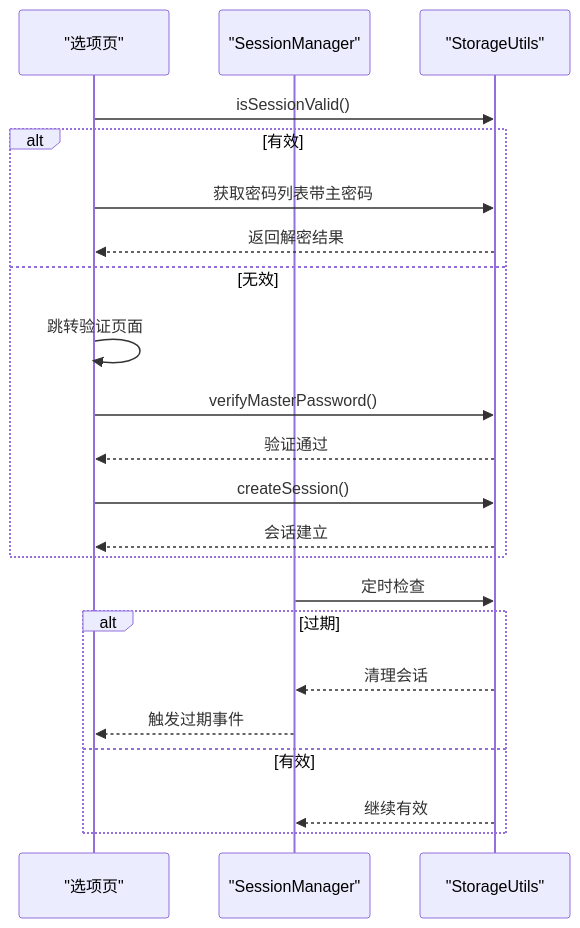
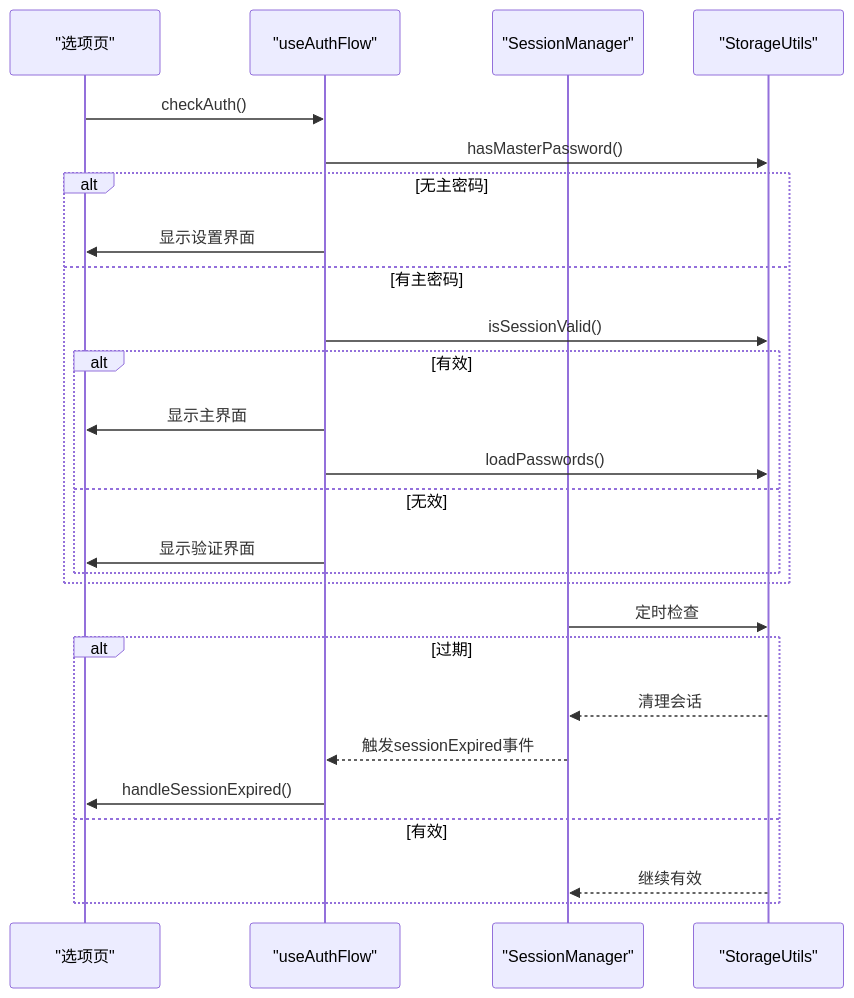
Before and after one commit to liaolongdong/account-password-helper: the seventh of 8 diagrams in .qoder/repowiki/zh/content/安全机制/安全机制.md, drawn with Mermaid. The commit also changed other lines of this file and 7 other files, not shown here.

````diff
--- a/.qoder/repowiki/zh/content/安全机制/安全机制.md
+++ b/.qoder/repowiki/zh/content/安全机制/安全机制.md
@@ -211,24 +323,28 @@
 ```mermaid
 sequenceDiagram
 participant Page as "选项页"
+participant AuthFlow as "useAuthFlow"
 participant Sess as "SessionManager"
 participant Store as "StorageUtils"
-Page->>Store : isSessionValid()
+Page->>AuthFlow : checkAuth()
+AuthFlow->>Store : hasMasterPassword()
+alt 无主密码
+AuthFlow->>Page : 显示设置界面
+else 有主密码
+AuthFlow->>Store : isSessionValid()
 alt 有效
-Page->>Store : 获取密码列表带主密码
-Store-->>Page : 返回解密结果
+AuthFlow->>Page : 显示主界面
+AuthFlow->>Store : loadPasswords()
 else 无效
-Page->>Page : 跳转验证页面
-Page->>Store : verifyMasterPassword()
-Store-->>Page : 验证通过
-Page->>Store : createSession()
-Store-->>Page : 会话建立
+AuthFlow->>Page : 显示验证界面
+end
 end
 Sess->>Store : 定时检查
 alt 过期
 Store-->>Sess : 清理会话
-Sess-->>Page : 触发过期事件
+Sess-->>AuthFlow : 触发sessionExpired事件
+AuthFlow->>Page : handleSessionExpired()
 else 有效
 Store-->>Sess : 继续有效
 end
 ```
````
